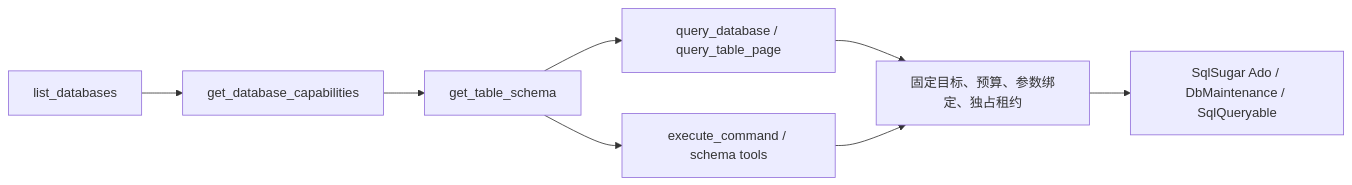
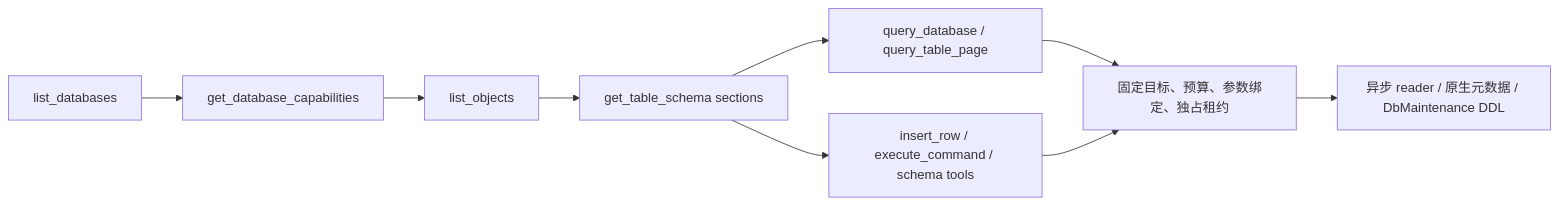
One commit to ttcc666/DatabaseMcpServer changed the diagram in Doc/database-mcp-workflow.md. Above: the diagram before and after it, drawn with Mermaid. The commit also changed other lines of this file and 254 other files, not shown here.

````diff
--- a/Doc/database-mcp-workflow.md
+++ b/Doc/database-mcp-workflow.md
@@ -9,10 +9,11 @@
 ```mermaid
 flowchart LR
     A[list_databases] --> B[get_database_capabilities]
-    B --> C[get_table_schema]
+    B --> O[list_objects]
+    O --> C[get_table_schema sections]
     C --> D[query_database / query_table_page]
-    C --> E[execute_command / schema tools]
+    C --> E[insert_row / execute_command / schema tools]
     D --> F[固定目标、预算、参数绑定、独占租约]
     E --> F
-    F --> G[SqlSugar Ado / DbMaintenance / SqlQueryable]
+    F --> G[异步 reader / 原生元数据 / DbMaintenance DDL]
 ```
````
